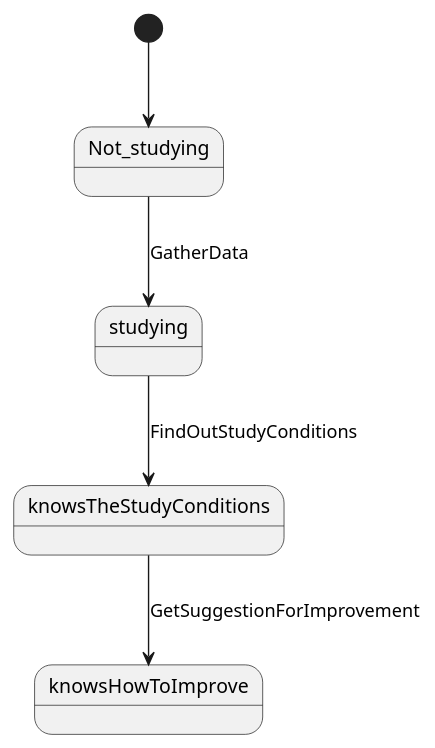
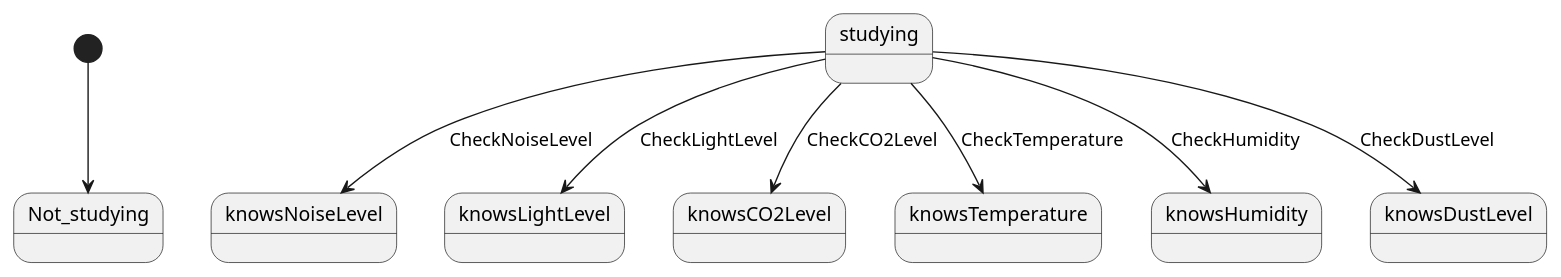
Before and after one commit to SEP4Real/SEP4: the diagram in Documentation/Analysis/states/StudyHelper_Student.state.puml, drawn with PlantUML. The commit also changed 22 other files, not shown here.

```diff
--- a/Documentation/Analysis/states/StudyHelper_Student.state.puml
+++ b/Documentation/Analysis/states/StudyHelper_Student.state.puml
@@ -1,7 +1,10 @@
 @startuml Student_StateMachine
 ' State Machine for Student
 [*] --> Not_studying
-Not_studying --> studying : GatherData
-studying --> knowsTheStudyConditions : FindOutStudyConditions
-knowsTheStudyConditions --> knowsHowToImprove : GetSuggestionForImprovement
+studying --> knowsNoiseLevel : CheckNoiseLevel
+studying --> knowsLightLevel : CheckLightLevel
+studying --> knowsCO2Level : CheckCO2Level
+studying --> knowsTemperature : CheckTemperature
+studying --> knowsHumidity : CheckHumidity
+studying --> knowsDustLevel : CheckDustLevel
 @enduml
```
